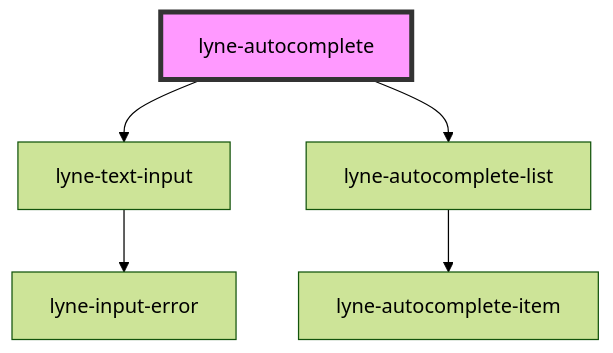
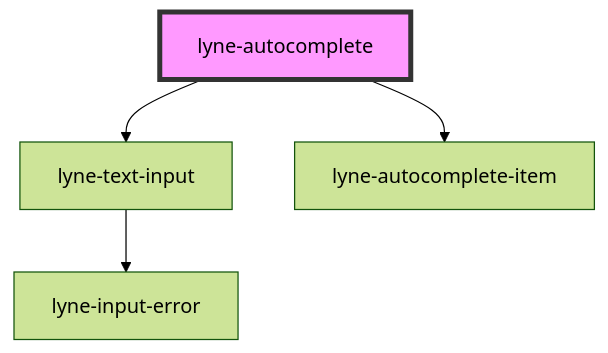
The diagram in src/components/lyne-autocomplete/readme.md (sbb-design-systems/lyne-components), drawn with Mermaid (forest theme) before and after one commit. The commit also changed other lines of this file and 13 other files, not shown here.

````diff
--- a/src/components/lyne-autocomplete/readme.md
+++ b/src/components/lyne-autocomplete/readme.md
@@ -33,8 +33,7 @@
 ```mermaid
 graph TD;
   lyne-autocomplete --> lyne-text-input
-  lyne-autocomplete --> lyne-autocomplete-list
+  lyne-autocomplete --> lyne-autocomplete-item
   lyne-text-input --> lyne-input-error
-  lyne-autocomplete-list --> lyne-autocomplete-item
   style lyne-autocomplete fill:#f9f,stroke:#333,stroke-width:4px
 ```
````
